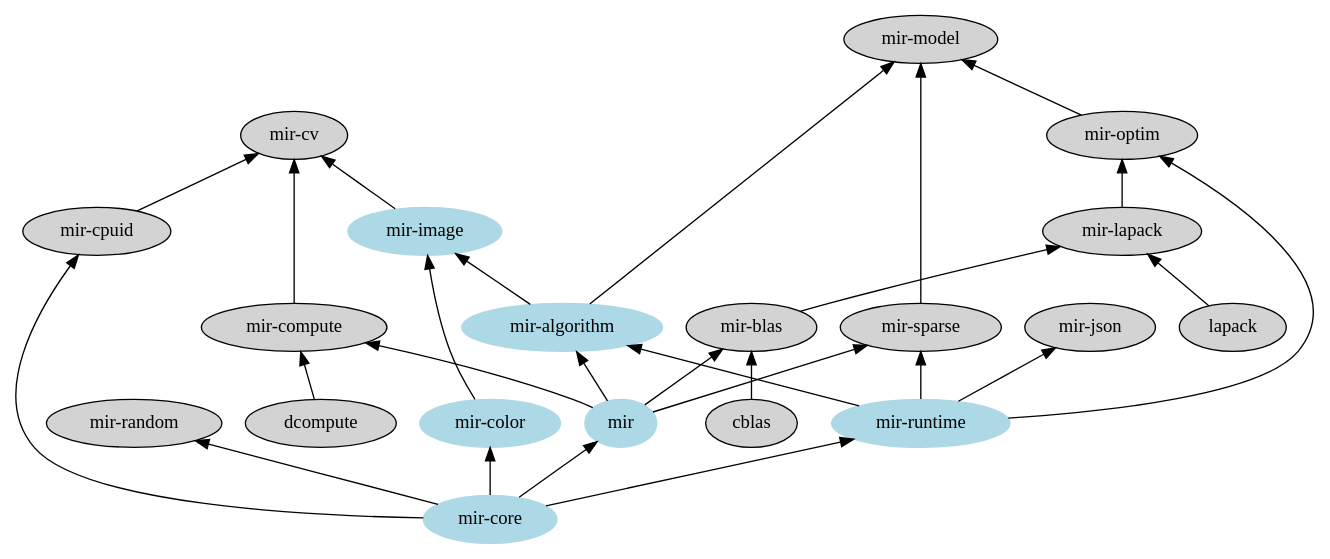
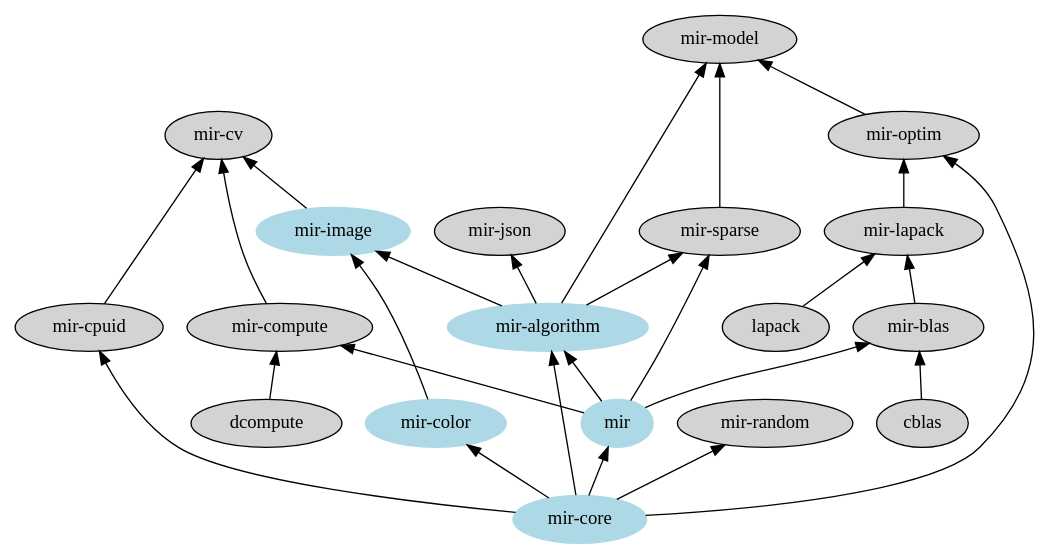
Before and after one commit to opendlang/opend: the diagram in proposed-mir-architecture.gv, drawn with Graphviz. The commit also changed 9 other files, not shown here.

```diff
--- a/proposed-mir-architecture.gv
+++ b/proposed-mir-architecture.gv
@@ -1,37 +1,35 @@
 digraph G {
   rankdir=BT;
   node [style=filled];
   "mir-core" [color=lightblue]
   "mir" [color=lightblue]
   "mir-algorithm" [color=lightblue]
   "mir-image" [color=lightblue]
-  "mir-runtime" [color=lightblue]
   "mir-color" [color=lightblue]
   "mir-core" [color=lightblue]
-  "mir-core" -> "mir-runtime"
   "mir-core" -> "mir-color"
   "mir-core" -> "mir"
   "mir-image" -> "mir-cv"
   "mir-cpuid" -> "mir-cv"
   "mir-compute" -> "mir-cv" 
   "mir" -> "mir-algorithm"
   "mir-algorithm" -> "mir-image"
   "mir-algorithm" -> "mir-model"
-  "mir-runtime" -> "mir-algorithm"
-  "mir-runtime" -> "mir-optim"
+  "mir-core" -> "mir-algorithm"
+  "mir-core" -> "mir-optim"
   "mir-core" -> "mir-cpuid"
   "mir-core" -> "mir-random"
   "cblas" -> "mir-blas"
   "lapack" -> "mir-lapack"
   "mir" -> "mir-blas"
   "mir-blas" -> "mir-lapack"
   "dcompute" -> "mir-compute"
   "mir-color" -> "mir-image"
   "mir" -> "mir-compute"
   "mir-lapack" -> "mir-optim"
-  "mir-runtime" -> "mir-json"
+  "mir-algorithm" -> "mir-json"
   "mir-optim" -> "mir-model"
   "mir" -> "mir-sparse"
-  "mir-runtime" -> "mir-sparse"
+  "mir-algorithm" -> "mir-sparse"
   "mir-sparse" -> "mir-model"
 }
```
